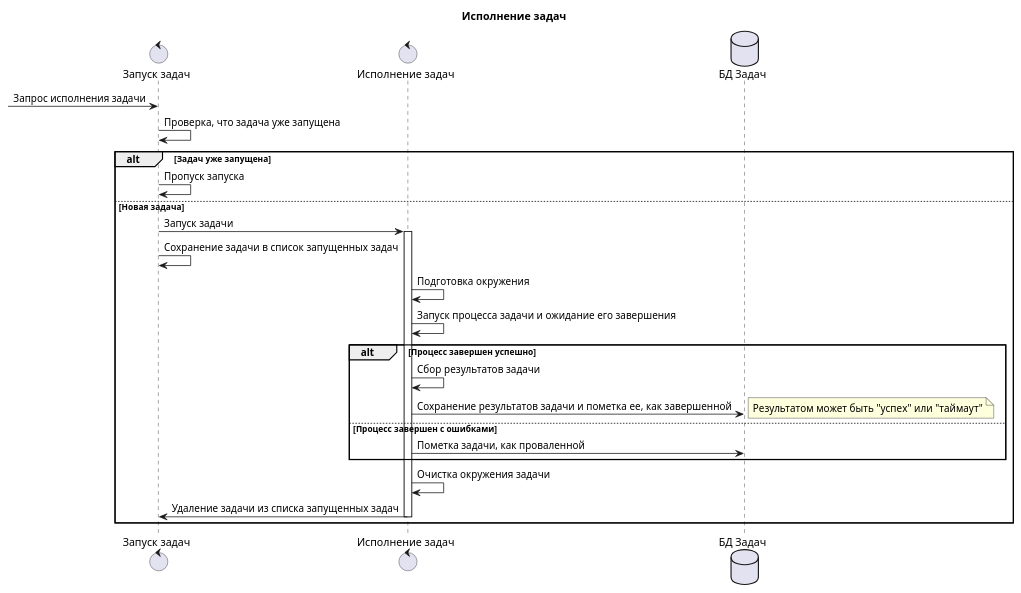
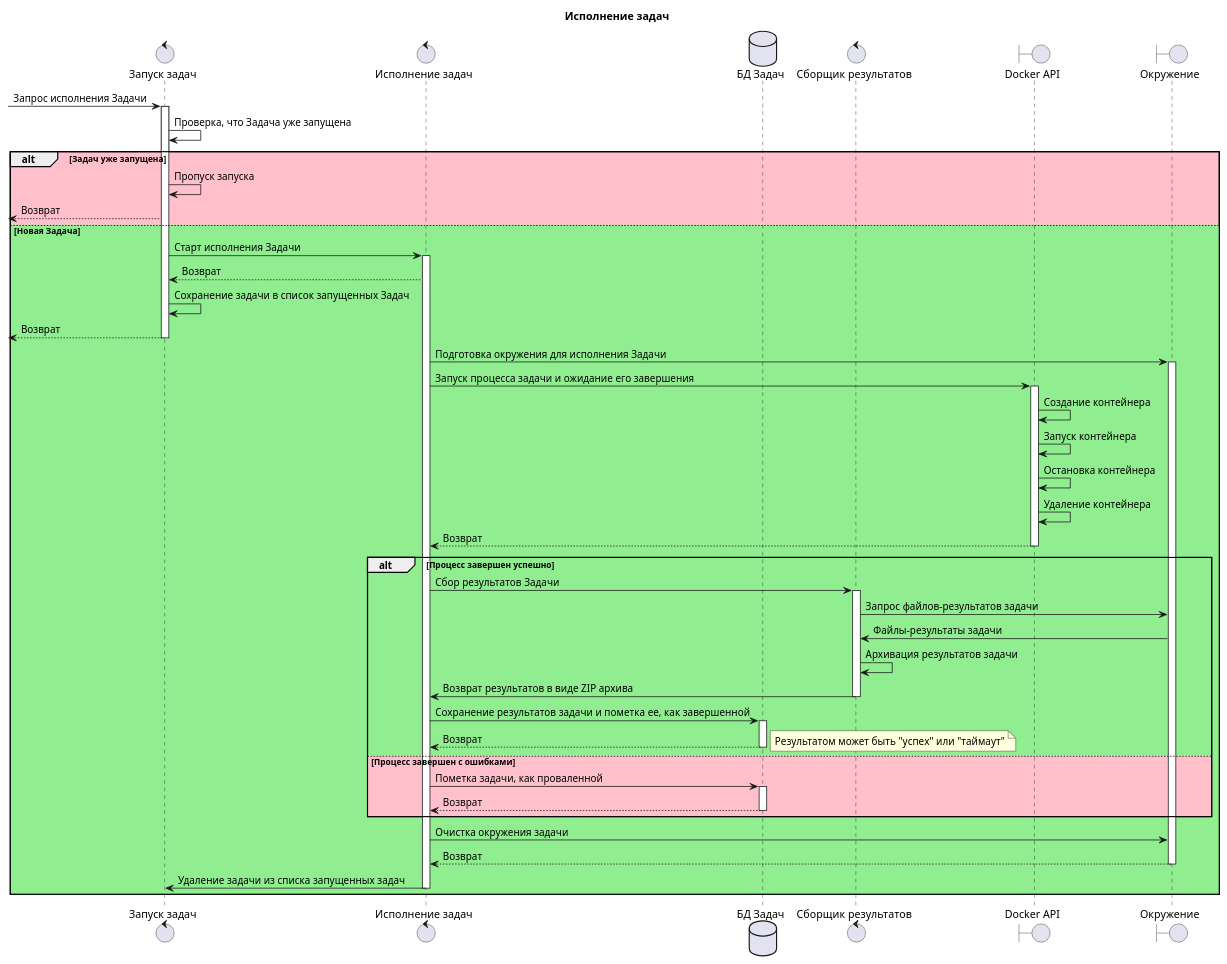
The second of 2 diagrams in docs/diagrams/sequence/Jobs.Worker.puml (mrypdm/JobSystem), drawn with PlantUML before and after one commit. The commit also changed other lines of this file and 2 other files, not shown here.

Commit message:
improve sequences

```diff
--- a/docs/diagrams/sequence/Jobs.Worker.puml
+++ b/docs/diagrams/sequence/Jobs.Worker.puml
@@ -61,41 +71,62 @@
 @startuml Job runner
 
 title Исполнение задач
 
 control "Запуск задач" as STARTER
 control "Исполнение задач" as RUNNER
 database "БД Задач" as DB
+control "Сборщик результатов" as COLLECTOR
+boundary "Docker API" as DOCKER
+boundary "Окружение" as ENV
 
-[-> STARTER: Запрос исполнения задачи
-STARTER -> STARTER: Проверка, что задача уже запущена
+[-> STARTER++: Запрос исполнения Задачи
+STARTER -> STARTER: Проверка, что Задача уже запущена
 
-alt Задач уже запущена
+alt #Pink Задач уже запущена
 
     STARTER -> STARTER: Пропуск запуска
+    STARTER -->[: Возврат
 
-else Новая задача
+else #LightGreen Новая Задача
 
-    STARTER -> RUNNER ++: Запуск задачи
-    STARTER -> STARTER: Сохранение задачи в список запущенных задач
+    STARTER -> RUNNER++: Cтарт исполнения Задачи
+    RUNNER --> STARTER: Возврат
+    STARTER -> STARTER: Сохранение задачи в список запущенных Задач
+    STARTER -->[--: Возврат
 
-    RUNNER -> RUNNER: Подготовка окружения
-    RUNNER -> RUNNER: Запуск процесса задачи и ожидание его завершения
+    RUNNER -> ENV++: Подготовка окружения для исполнения Задачи
+
+    RUNNER -> DOCKER++: Запуск процесса задачи и ожидание его завершения
+    DOCKER -> DOCKER: Создание контейнера
+    DOCKER -> DOCKER: Запуск контейнера
+    DOCKER -> DOCKER: Остановка контейнера
+    DOCKER -> DOCKER: Удаление контейнера
+    DOCKER --> RUNNER--: Возврат
 
     alt Процесс завершен успешно
 
-        RUNNER -> RUNNER: Сбор результатов задачи
-        RUNNER -> DB: Сохранение результатов задачи и пометка ее, как завершенной
+        RUNNER -> COLLECTOR++: Сбор результатов Задачи
+        COLLECTOR -> ENV: Запрос файлов-результатов задачи
+        ENV -> COLLECTOR: Файлы-результаты задачи
+        COLLECTOR -> COLLECTOR: Архивация результатов задачи
+        COLLECTOR -> RUNNER--: Возврат результатов в виде ZIP архива
+
+        RUNNER -> DB++: Сохранение результатов задачи и пометка ее, как завершенной
+        DB --> RUNNER--: Возврат
         note right: Результатом может быть "успех" или "таймаут"
 
-    else Процесс завершен с ошибками
+    else #Pink Процесс завершен с ошибками
 
-        RUNNER -> DB: Пометка задачи, как проваленной
+        RUNNER -> DB++: Пометка задачи, как проваленной
+        DB --> RUNNER--: Возврат
 
     end
 
-    RUNNER -> RUNNER: Очистка окружения задачи
-    RUNNER -> STARTER --: Удаление задачи из списка запущенных задач
+    RUNNER -> ENV: Очистка окружения задачи
+    ENV --> RUNNER--: Возврат
+
+    RUNNER -> STARTER--: Удаление задачи из списка запущенных задач
 
 end
 
 @enduml
```
